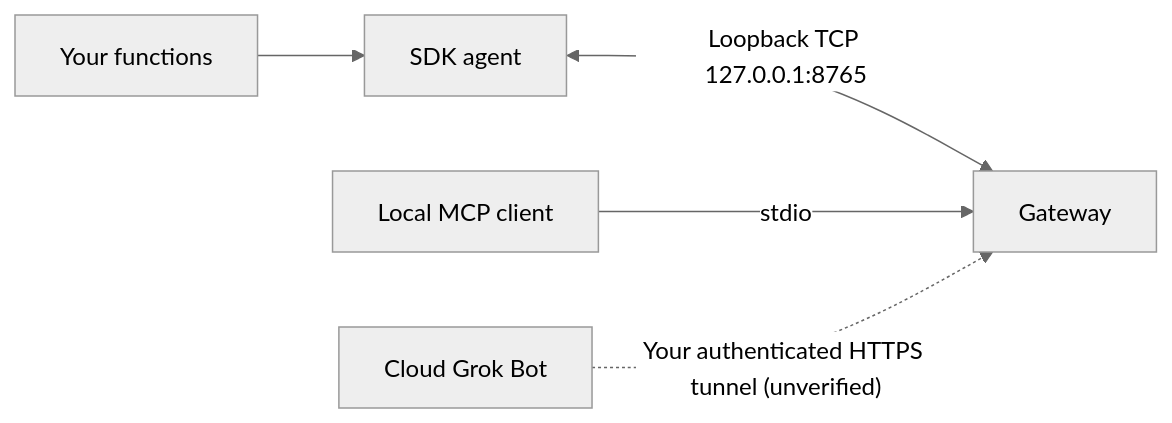
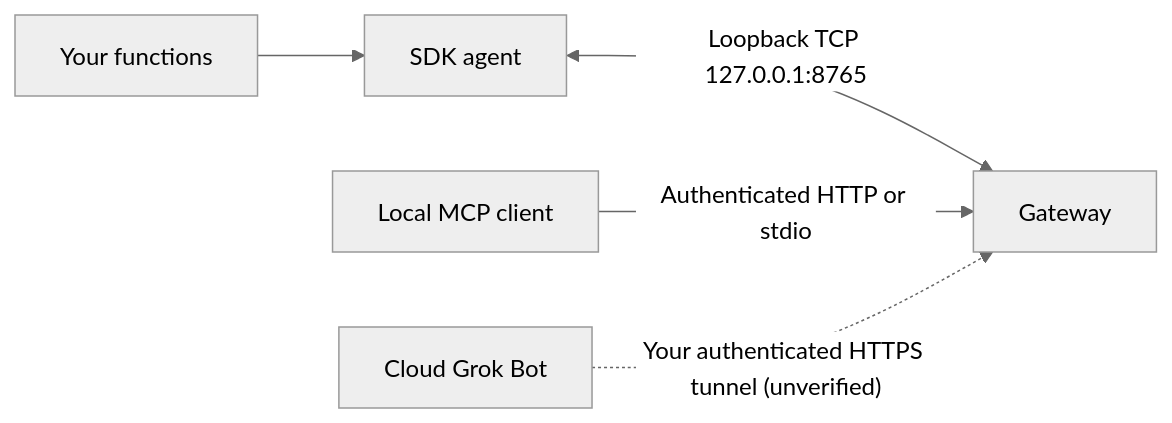
Before and after one commit to adidshaft/grok-gadgets-linux-sdk: the diagram in README.md, drawn with Mermaid (neutral theme). The commit also changed 2 other files, not shown here.

Commit message:
docs(REVIEW-LIN-009): explain gateway schema limits

````diff
--- a/README.md
+++ b/README.md
@@ -89,7 +89,7 @@
 ```mermaid
 flowchart LR
     A["Your functions"] --> S["SDK agent"]
     S <-->|"Loopback TCP 127.0.0.1:8765"| G["Gateway"]
-    C["Local MCP client"] -->|"stdio"| G
+    C["Local MCP client"] -->|"Authenticated HTTP or stdio"| G
     B["Cloud Grok Bot"] -.->|"Your authenticated HTTPS tunnel (unverified)"| G
 ```
````
